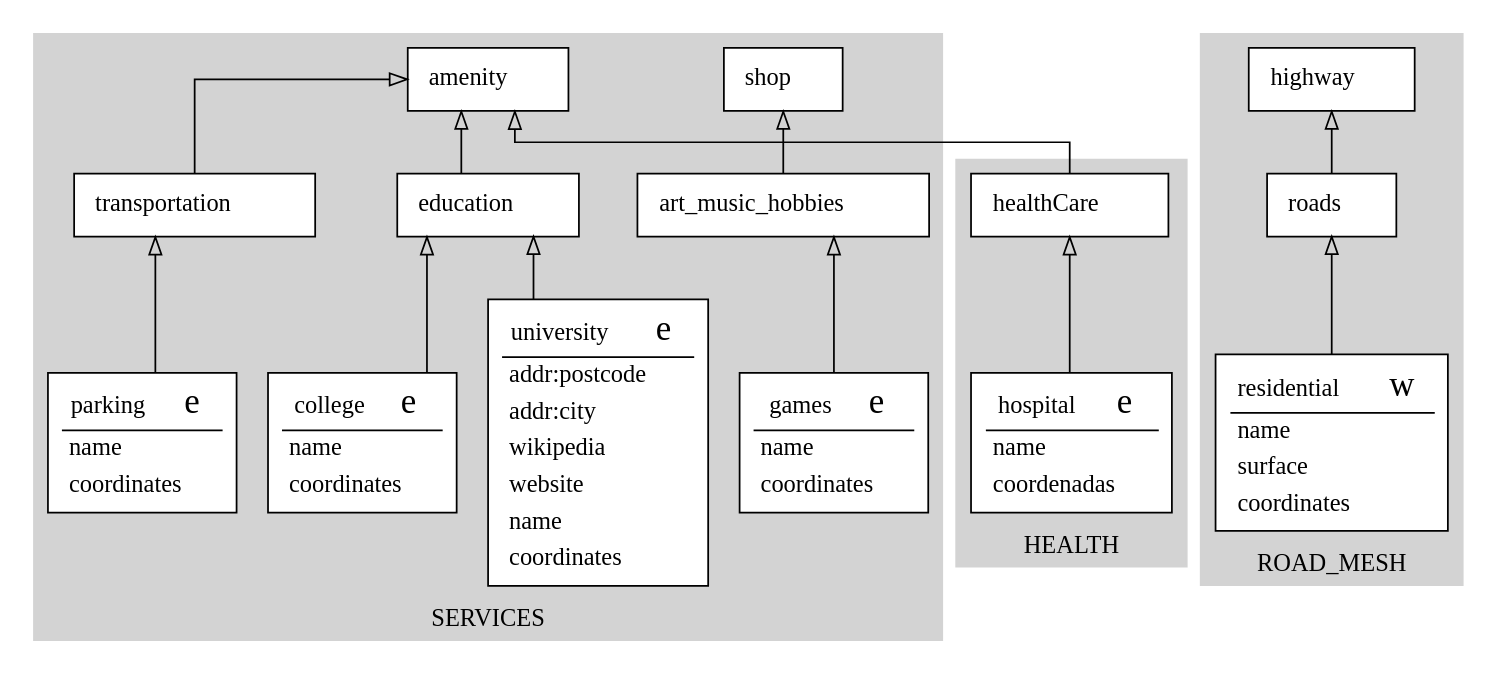
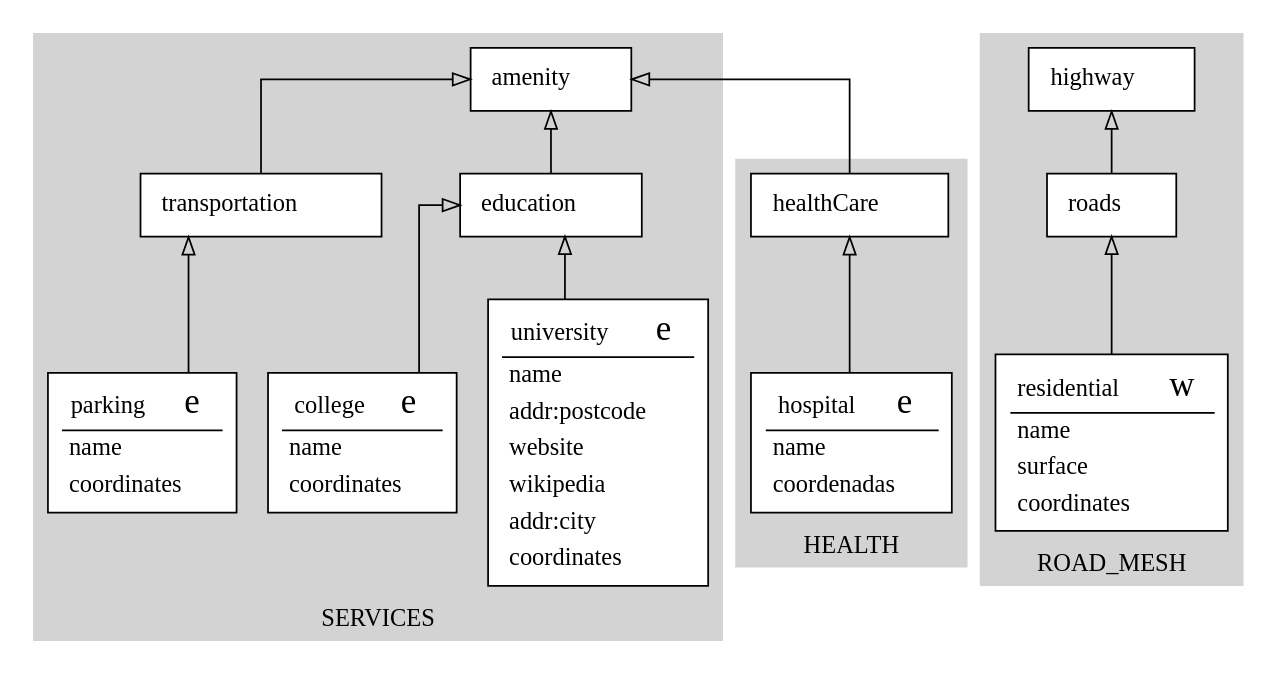
One commit to vinisperandio/OSM2Diagram_optmizated changed the diagram in schema.gv. Above: the diagram before and after it, drawn with Graphviz. The commit also changed 6 other files, not shown here.

```diff
--- a/schema.gv
+++ b/schema.gv
@@ -1,178 +1,150 @@
 digraph structs { 
 	node [shape=box]
 	subgraph cluster_SERVICES {
 		node [color=black style=filled]
 		color=lightgrey style=filled
 		label=SERVICES
 		0[style = "filled, bold" penwidth = "1" fillcolor="white" label=<
 			<TABLE color="black" border="0">
 			 <TR>
-				<TD align="center"><font color="black">games</font>  
+				<TD align="center"><font color="black">university</font>  
 				<font FACE="sigmoda" POINT-SIZE="20.0"> e</font></TD>
 			</TR>
 			<hr/>
 			<TR>
 				<TD align="left">name</TD>
+			 </TR>
+			<TR>
+				<TD align="left">addr:postcode</TD>
+			 </TR>
+			<TR>
+				<TD align="left">website</TD>
+			 </TR>
+			<TR>
+				<TD align="left">wikipedia</TD>
+			 </TR>
+			<TR>
+				<TD align="left">addr:city</TD>
 			 </TR>
 			<TR>
 				<TD align="left">coordinates</TD>
 			 </TR>
 			</TABLE>>]
 		1[style = "filled, bold" penwidth = "1" fillcolor="white" label=<
 			<TABLE color="black" border="0">
 			 <TR>
-				<TD align="center"><font color="black">shop</font>  </TD>
+				<TD align="center"><font color="black">amenity</font>  </TD>
 			</TR>
 			</TABLE>>]
 		2[style = "filled, bold" penwidth = "1" fillcolor="white" label=<
-			<TABLE color="black" border="0">
-			 <TR>
-				<TD align="center"><font color="black">university</font>  
-				<font FACE="sigmoda" POINT-SIZE="20.0"> e</font></TD>
-			</TR>
-			<hr/>
-			<TR>
-				<TD align="left">addr:postcode</TD>
-			 </TR>
-			<TR>
-				<TD align="left">addr:city</TD>
-			 </TR>
-			<TR>
-				<TD align="left">wikipedia</TD>
-			 </TR>
-			<TR>
-				<TD align="left">website</TD>
-			 </TR>
-			<TR>
-				<TD align="left">name</TD>
-			 </TR>
-			<TR>
-				<TD align="left">coordinates</TD>
-			 </TR>
-			</TABLE>>]
-		3[style = "filled, bold" penwidth = "1" fillcolor="white" label=<
-			<TABLE color="black" border="0">
-			 <TR>
-				<TD align="center"><font color="black">amenity</font>  </TD>
-			</TR>
-			</TABLE>>]
-		4[style = "filled, bold" penwidth = "1" fillcolor="white" label=<
 			<TABLE color="black" border="0">
 			 <TR>
 				<TD align="center"><font color="black">college</font>  
 				<font FACE="sigmoda" POINT-SIZE="20.0"> e</font></TD>
 			</TR>
 			<hr/>
 			<TR>
 				<TD align="left">name</TD>
 			 </TR>
 			<TR>
 				<TD align="left">coordinates</TD>
 			 </TR>
 			</TABLE>>]
-		5[style = "filled, bold" penwidth = "1" fillcolor="white" label=<
+		3[style = "filled, bold" penwidth = "1" fillcolor="white" label=<
 			<TABLE color="black" border="0">
 			 <TR>
 				<TD align="center"><font color="black">parking</font>  
 				<font FACE="sigmoda" POINT-SIZE="20.0"> e</font></TD>
 			</TR>
 			<hr/>
 			<TR>
 				<TD align="left">name</TD>
 			 </TR>
 			<TR>
 				<TD align="left">coordinates</TD>
 			 </TR>
 			</TABLE>>]
-		6[style = "filled, bold" penwidth = "1" fillcolor="white" label=<
-			<TABLE color="black" border="0">
-			 <TR>
-				<TD align="center"><font color="black">art_music_hobbies</font>  </TD>
-			</TR>
-			</TABLE>>]
-		7[style = "filled, bold" penwidth = "1" fillcolor="white" label=<
+		4[style = "filled, bold" penwidth = "1" fillcolor="white" label=<
 			<TABLE color="black" border="0">
 			 <TR>
 				<TD align="center"><font color="black">education</font>  </TD>
 			</TR>
 			</TABLE>>]
-		8[style = "filled, bold" penwidth = "1" fillcolor="white" label=<
+		5[style = "filled, bold" penwidth = "1" fillcolor="white" label=<
 			<TABLE color="black" border="0">
 			 <TR>
 				<TD align="center"><font color="black">transportation</font>  </TD>
 			</TR>
 			</TABLE>>]
 	}
 	subgraph cluster_HEALTH {
 		node [color=black style=filled]
 		color=lightgrey style=filled
 		label=HEALTH
-		9[style = "filled, bold" penwidth = "1" fillcolor="white" label=<
+		6[style = "filled, bold" penwidth = "1" fillcolor="white" label=<
 			<TABLE color="black" border="0">
 			 <TR>
 				<TD align="center"><font color="black">hospital</font>  
 				<font FACE="sigmoda" POINT-SIZE="20.0"> e</font></TD>
 			</TR>
 			<hr/>
 			<TR>
 				<TD align="left">name</TD>
 			 </TR>
 			<TR>
 				<TD align="left">coordenadas</TD>
 			 </TR>
 			</TABLE>>]
-		10[style = "filled, bold" penwidth = "1" fillcolor="white" label=<
+		7[style = "filled, bold" penwidth = "1" fillcolor="white" label=<
 			<TABLE color="black" border="0">
 			 <TR>
 				<TD align="center"><font color="black">healthCare</font>  </TD>
 			</TR>
 			</TABLE>>]
 	}
 	subgraph cluster_ROAD_MESH {
 		node [color=black style=filled]
 		color=lightgrey style=filled
 		label=ROAD_MESH
-		11[style = "filled, bold" penwidth = "1" fillcolor="white" label=<
+		8[style = "filled, bold" penwidth = "1" fillcolor="white" label=<
 			<TABLE color="black" border="0">
 			 <TR>
 				<TD align="center"><font color="black">residential</font>  
 				<font FACE="sigmoda" POINT-SIZE="20.0"> w</font></TD>
 			</TR>
 			<hr/>
 			<TR>
 				<TD align="left">name</TD>
 			 </TR>
 			<TR>
 				<TD align="left">surface</TD>
 			 </TR>
 			<TR>
 				<TD align="left">coordinates</TD>
 			 </TR>
 			</TABLE>>]
-		12[style = "filled, bold" penwidth = "1" fillcolor="white" label=<
+		9[style = "filled, bold" penwidth = "1" fillcolor="white" label=<
 			<TABLE color="black" border="0">
 			 <TR>
 				<TD align="center"><font color="black">highway</font>  </TD>
 			</TR>
 			</TABLE>>]
-		13[style = "filled, bold" penwidth = "1" fillcolor="white" label=<
+		10[style = "filled, bold" penwidth = "1" fillcolor="white" label=<
 			<TABLE color="black" border="0">
 			 <TR>
 				<TD align="center"><font color="black">roads</font>  </TD>
 			</TR>
 			</TABLE>>]
 	}
-		11 -> 13[arrowhead=onormal]
-		8 -> 3[arrowhead=onormal]
-		2 -> 7[arrowhead=onormal]
-		5 -> 8[arrowhead=onormal]
-		0 -> 6[arrowhead=onormal]
-		6 -> 1[arrowhead=onormal]
-		7 -> 3[arrowhead=onormal]
-		4 -> 7[arrowhead=onormal]
-		13 -> 12[arrowhead=onormal]
-		10 -> 3[arrowhead=onormal]
-		9 -> 10[arrowhead=onormal]
+		0 -> 4[arrowhead=onormal]
+		6 -> 7[arrowhead=onormal]
+		5 -> 1[arrowhead=onormal]
+		7 -> 1[arrowhead=onormal]
+		3 -> 5[arrowhead=onormal]
+		4 -> 1[arrowhead=onormal]
+		2 -> 4[arrowhead=onormal]
+		8 -> 10[arrowhead=onormal]
+		10 -> 9[arrowhead=onormal]
 	rankdir=BT
 	splines=ortho
 }
```
